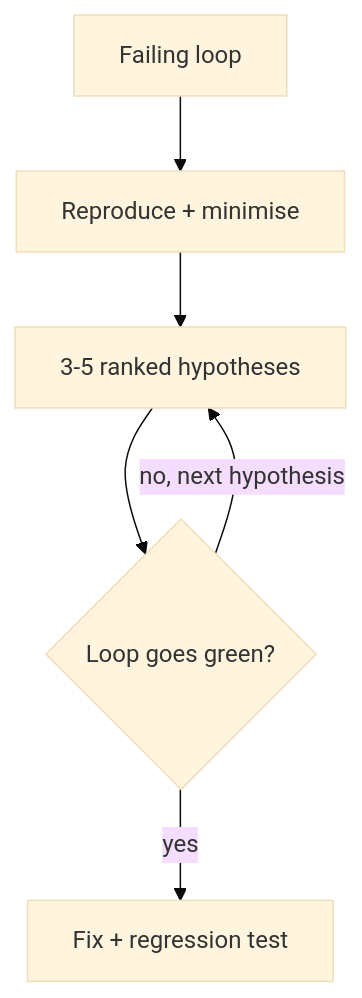
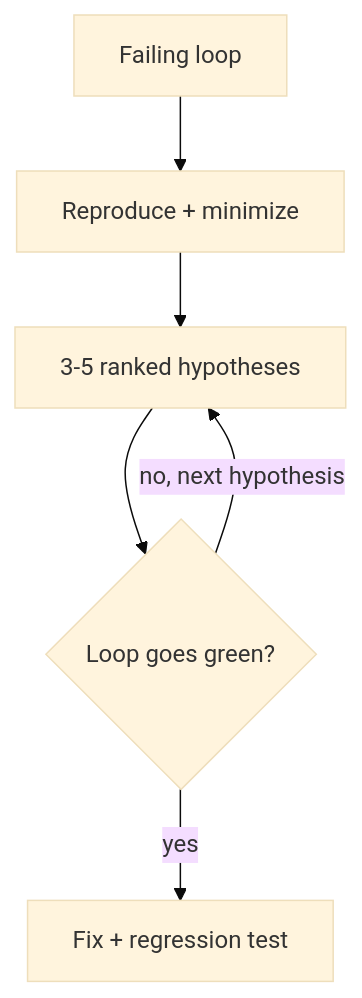
Before and after one commit to helderberto/helderberto.com: the second of 2 diagrams in posts/my-ai-coding-workflow-v3.md, drawn with Mermaid (base theme). The commit also changed other lines of this file and 2 other files, not shown here.

First line of the commit message:
docs(post): tighten v3 workflow post and use US spelling in debug diagram

````diff
--- a/posts/my-ai-coding-workflow-v3.md
+++ b/posts/my-ai-coding-workflow-v3.md
@@ -127,9 +127,9 @@
 ```mermaid
 flowchart TD
   accTitle: The debug loop
-  accDescr: Build a feedback loop that fails, reproduce and minimise, list ranked hypotheses, test each one against the loop until it goes green, then fix and keep the loop as a regression test.
-  loop[Failing loop] --> repro[Reproduce + minimise] --> hyp[3-5 ranked hypotheses]
+  accDescr: Build a feedback loop that fails, reproduce and minimize, list ranked hypotheses, test each one against the loop until it goes green, then fix and keep the loop as a regression test.
+  loop[Failing loop] --> repro[Reproduce + minimize] --> hyp[3-5 ranked hypotheses]
   hyp --> test{Loop goes green?}
   test -- no, next hypothesis --> hyp
   test -- yes --> fix[Fix + regression test]
 ```
````
